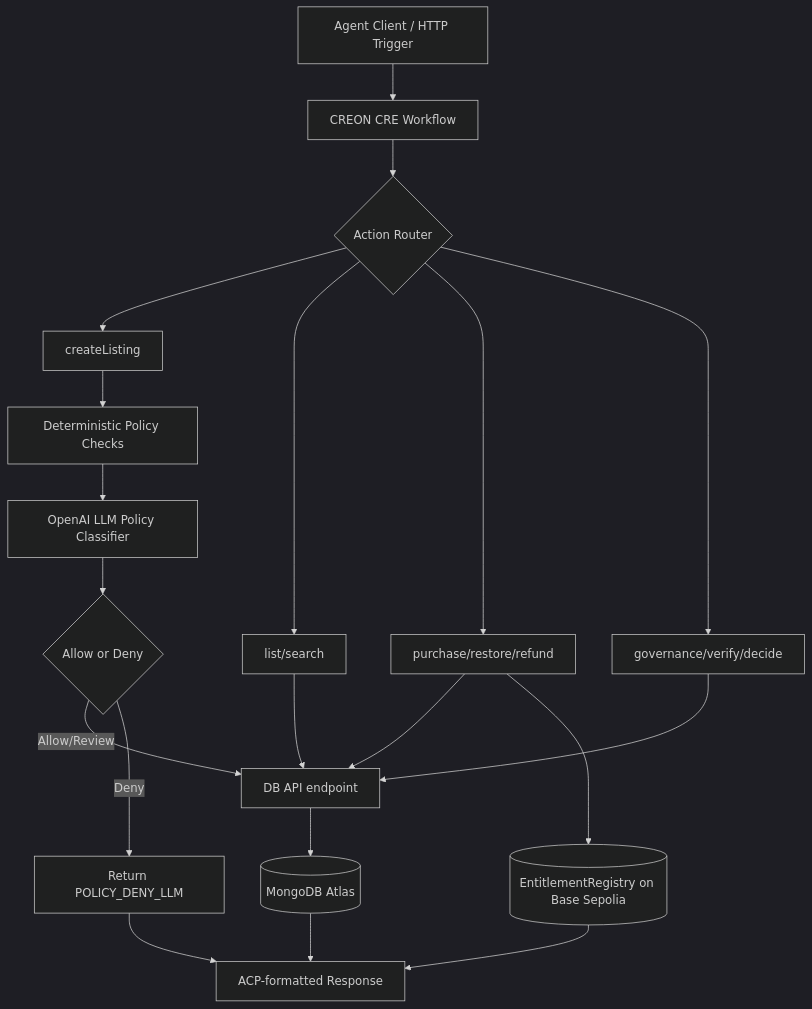
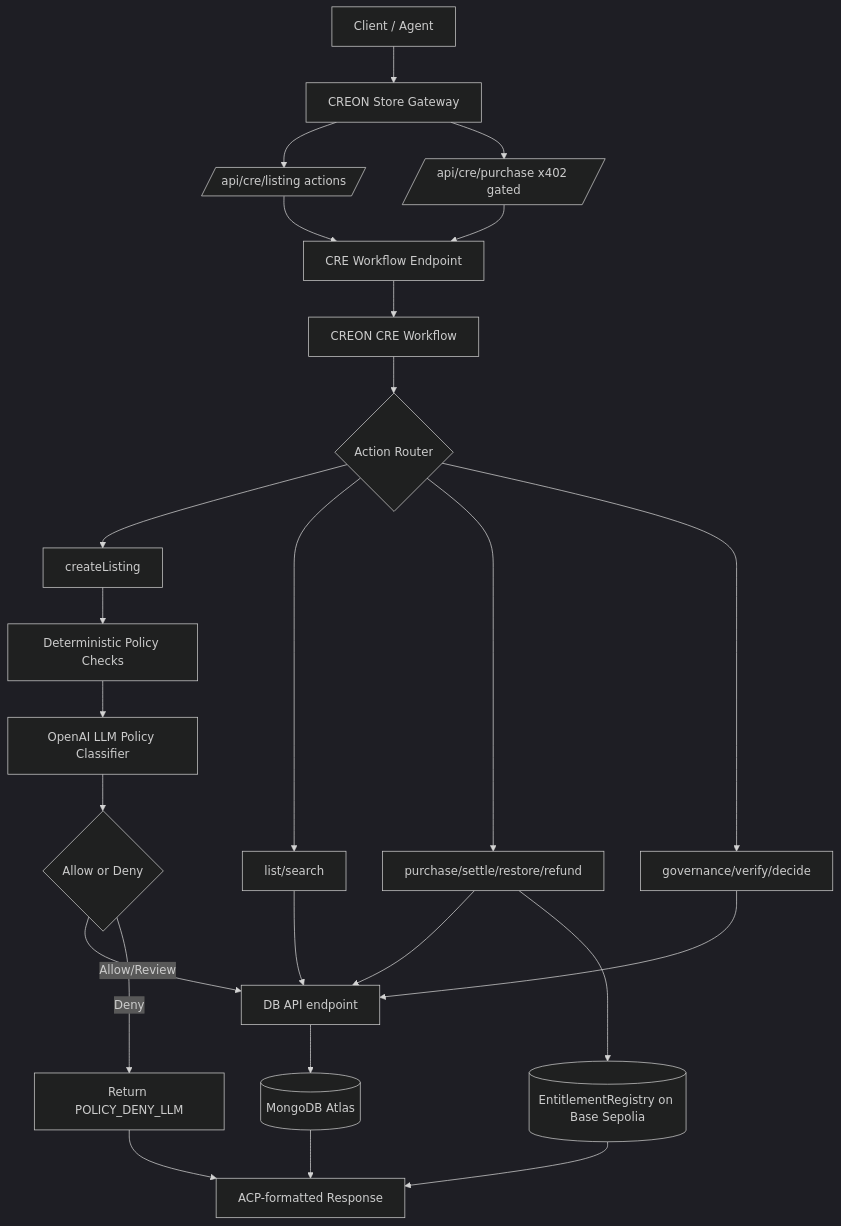
The diagram in README.md (raldblox/creon), drawn with Mermaid (dark theme) before and after one commit. The commit also changed other lines of this file and 3 other files, not shown here.

Commit message:
feat(gateway): add Next.js public CRE routes with x402-gated purchase

````diff
--- a/README.md
+++ b/README.md
@@ -14,27 +16,32 @@
 ```mermaid
 flowchart TD
-  A[Agent Client / HTTP Trigger] --> B[CREON CRE Workflow]
-  B --> C{Action Router}
+  A[Client / Agent] --> B[CREON Store Gateway]
+  B --> C[/api/cre/listing actions/]
+  B --> D[/api/cre/purchase x402 gated/]
+  C --> E[CRE Workflow Endpoint]
+  D --> E
+  E --> F[CREON CRE Workflow]
+  F --> G{Action Router}
 
-  C --> D[createListing]
-  C --> E[list/search]
-  C --> F[purchase/restore/refund]
-  C --> G[governance/verify/decide]
+  G --> H[createListing]
+  G --> I[list/search]
+  G --> J[purchase/settle/restore/refund]
+  G --> K[governance/verify/decide]
 
-  D --> H[Deterministic Policy Checks]
-  H --> I[OpenAI LLM Policy Classifier]
-  I --> J{Allow or Deny}
-  J -->|Allow/Review| K[DB API endpoint]
-  J -->|Deny| L[Return POLICY_DENY_LLM]
+  H --> L[Deterministic Policy Checks]
+  L --> M[OpenAI LLM Policy Classifier]
+  M --> N{Allow or Deny}
+  N -->|Allow/Review| O[DB API endpoint]
+  N -->|Deny| P[Return POLICY_DENY_LLM]
 
-  E --> K
-  F --> K
-  G --> K
+  I --> O
+  J --> O
+  K --> O
 
-  K --> M[(MongoDB Atlas)]
-  F --> N[(EntitlementRegistry on Base Sepolia)]
+  O --> Q[(MongoDB Atlas)]
+  J --> R[(EntitlementRegistry on Base Sepolia)]
 
-  M --> O[ACP-formatted Response]
-  N --> O
-  L --> O
+  Q --> S[ACP-formatted Response]
+  R --> S
+  P --> S
 ```
````
